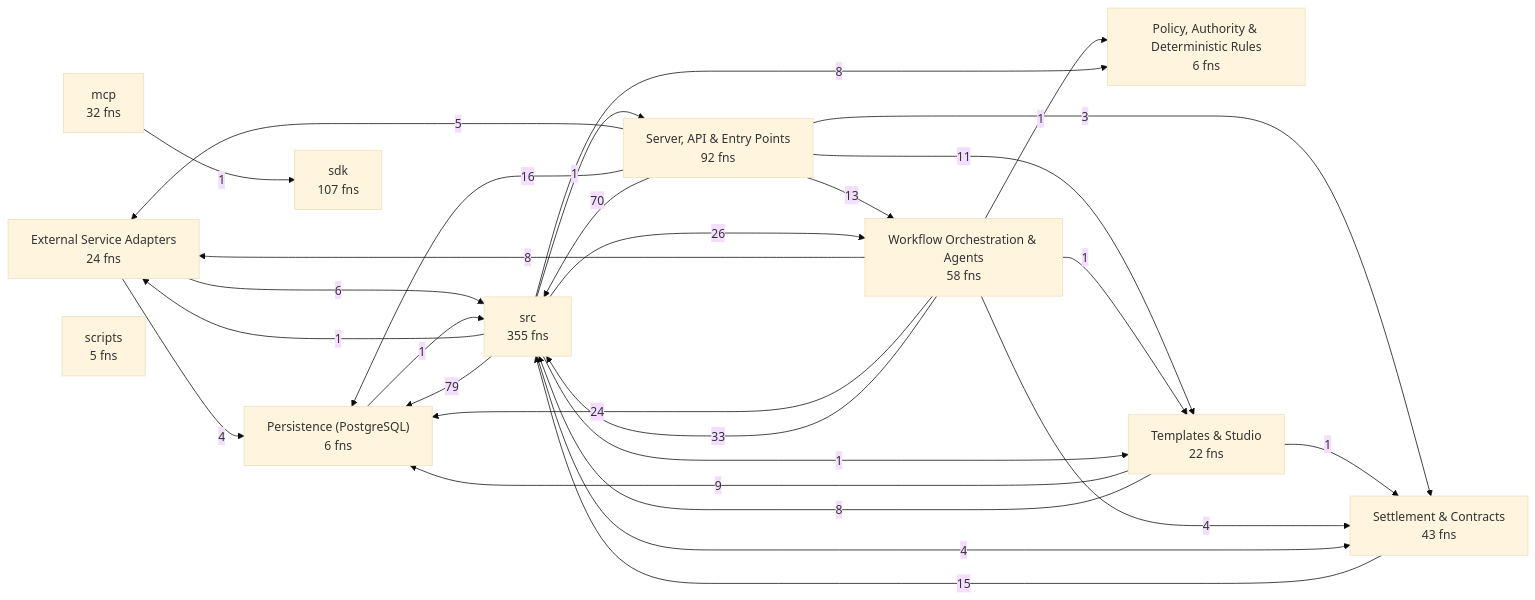
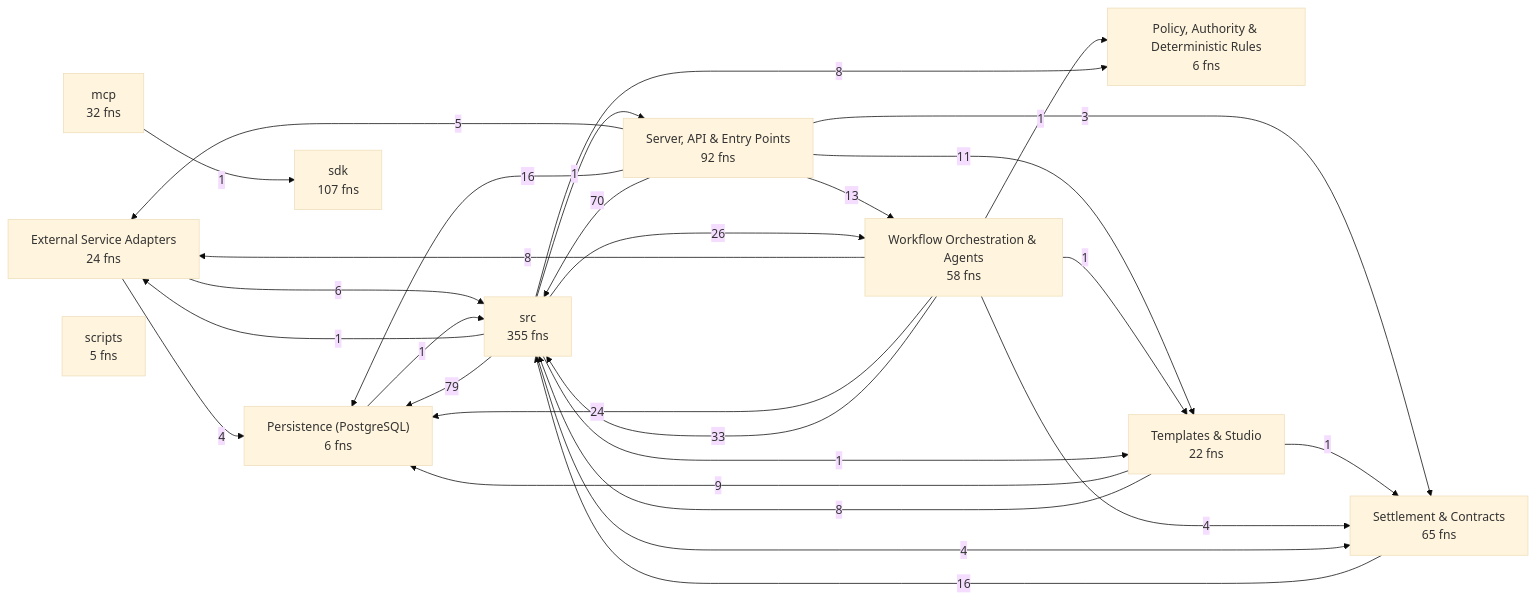
One commit to Jaydearcadian/bind changed the first of 11 diagrams in docs/CODEBASE_MAP.md. Above: the diagram before and after it, drawn with Mermaid (base theme). The commit also changed other lines of this file and 16 other files, not shown here.

````diff
--- a/docs/CODEBASE_MAP.md
+++ b/docs/CODEBASE_MAP.md
@@ -12,41 +12,41 @@
 ```mermaid
 flowchart LR
   L0["External Service Adapters<br/>24 fns"]
   L1["Persistence (PostgreSQL)<br/>6 fns"]
   L2["Policy, Authority & Deterministic Rules<br/>6 fns"]
   L3["Server, API & Entry Points<br/>92 fns"]
-  L4["Settlement & Contracts<br/>43 fns"]
+  L4["Settlement & Contracts<br/>65 fns"]
   L5["Templates & Studio<br/>22 fns"]
   L6["Workflow Orchestration & Agents<br/>58 fns"]
   L7["mcp<br/>32 fns"]
   L8["scripts<br/>5 fns"]
   L9["sdk<br/>107 fns"]
   L10["src<br/>355 fns"]
   L0 -->|4| L1
   L0 -->|6| L10
   L1 -->|1| L10
   L3 -->|5| L0
   L3 -->|16| L1
   L3 -->|3| L4
   L3 -->|11| L5
   L3 -->|13| L6
   L3 -->|70| L10
-  L4 -->|15| L10
+  L4 -->|16| L10
   L5 -->|9| L1
   L5 -->|1| L4
   L5 -->|8| L10
   L6 -->|8| L0
   L6 -->|24| L1
   L6 -->|1| L2
   L6 -->|4| L4
   L6 -->|1| L5
   L6 -->|33| L10
   L7 -->|1| L9
   L10 -->|1| L0
   L10 -->|79| L1
   L10 -->|8| L2
   L10 -->|1| L3
   L10 -->|4| L4
   L10 -->|1| L5
   L10 -->|26| L6
 ```
````
